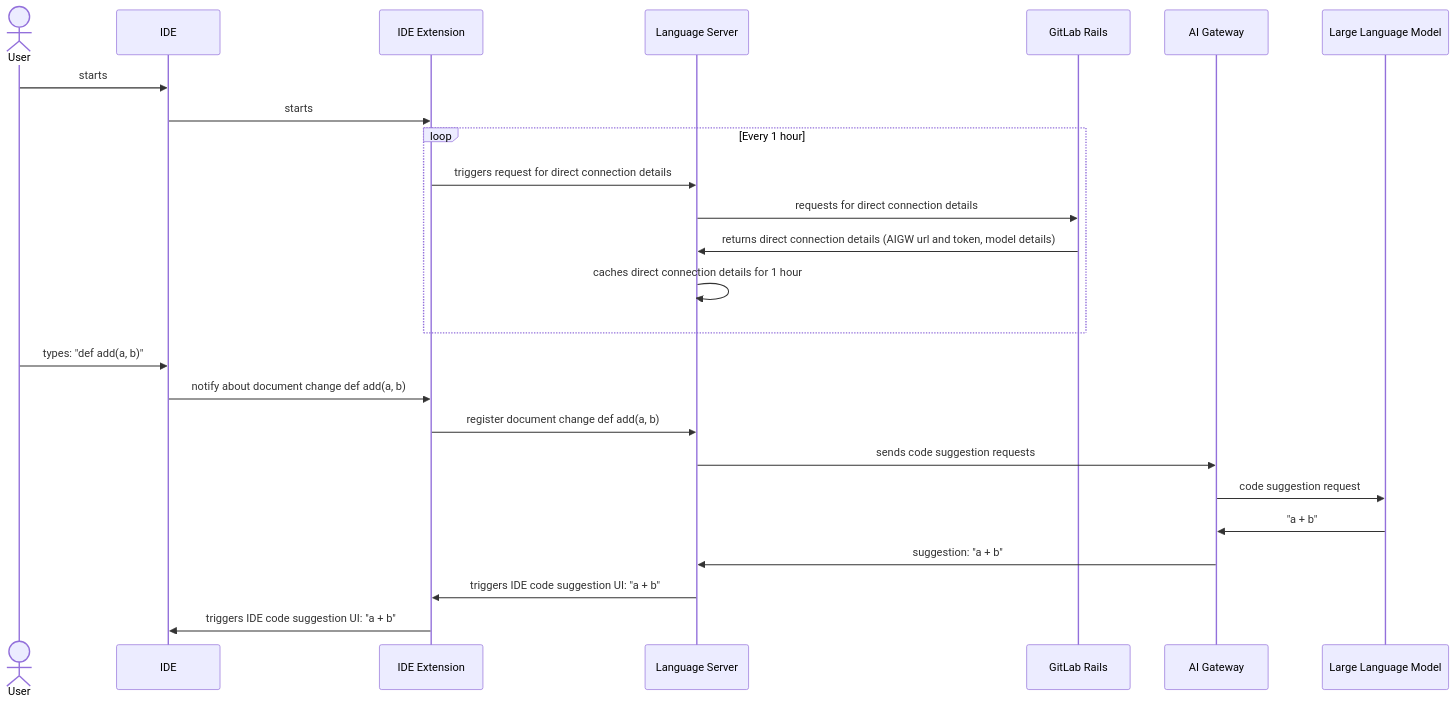
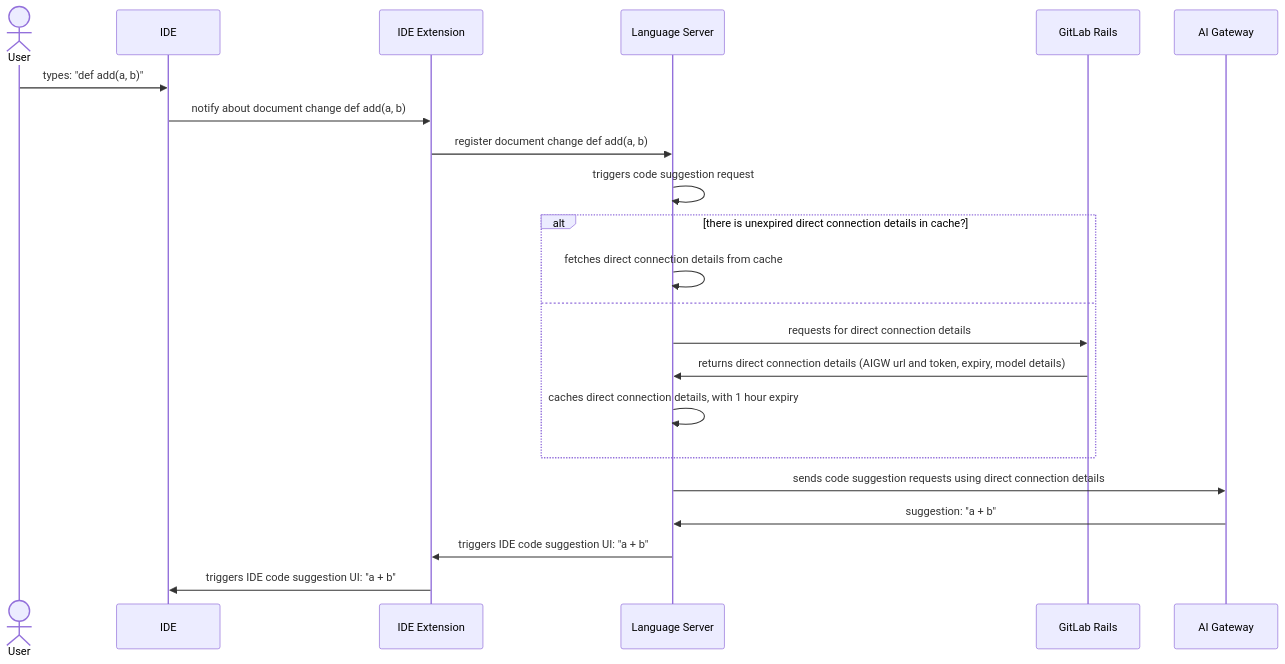
One commit to zalyoung/gitlab-handbook changed the second of 5 diagrams in content/handbook/engineering/development/dev/create/code-creation/engineering_overview.md. Above: the diagram before and after it, drawn with Mermaid.

Commit message:
Update code completion direct connection diagram

````diff
--- a/content/handbook/engineering/development/dev/create/code-creation/engineering_overview.md
+++ b/content/handbook/engineering/development/dev/create/code-creation/engineering_overview.md
@@ -76,28 +76,25 @@
 ```mermaid
 sequenceDiagram
     actor USR as  User
     participant IDE
     participant EXT as IDE Extension
     participant LS as Language Server
     participant GLR as GitLab Rails
     participant AIGW as AI Gateway
-    participant LLM as Large Language Model
 
-    USR->>IDE: starts
-    IDE->>EXT: starts
-    loop Every 1 hour
-    EXT->>LS: triggers request for direct connection details
-    LS->>GLR: requests for direct connection details
-    GLR->>LS: returns direct connection details (AIGW url and token, model details)
-    LS->>LS: caches direct connection details for 1 hour
-    end
     USR->>IDE: types: "def add(a, b)"
     IDE->>EXT: notify about document change def add(a, b)
     EXT->>LS: register document change def add(a, b)
-    LS->>AIGW: sends code suggestion requests
-    AIGW->>LLM: code suggestion request
-    LLM->>AIGW: "a + b"
+    LS->>LS: triggers code suggestion request
+    alt there is unexpired direct connection details in cache?
+    LS->>LS: fetches direct connection details from cache
+    else
+    LS->>GLR: requests for direct connection details
+    GLR->>LS: returns direct connection details (AIGW url and token, expiry, model details)
+    LS->>LS: caches direct connection details, with 1 hour expiry
+    end
+    LS->>AIGW: sends code suggestion requests using direct connection details
     AIGW->>LS:  suggestion: "a + b"
     LS->>EXT: triggers IDE code suggestion UI: "a + b"
     EXT->>IDE: triggers IDE code suggestion UI: "a + b"
 ```
````
